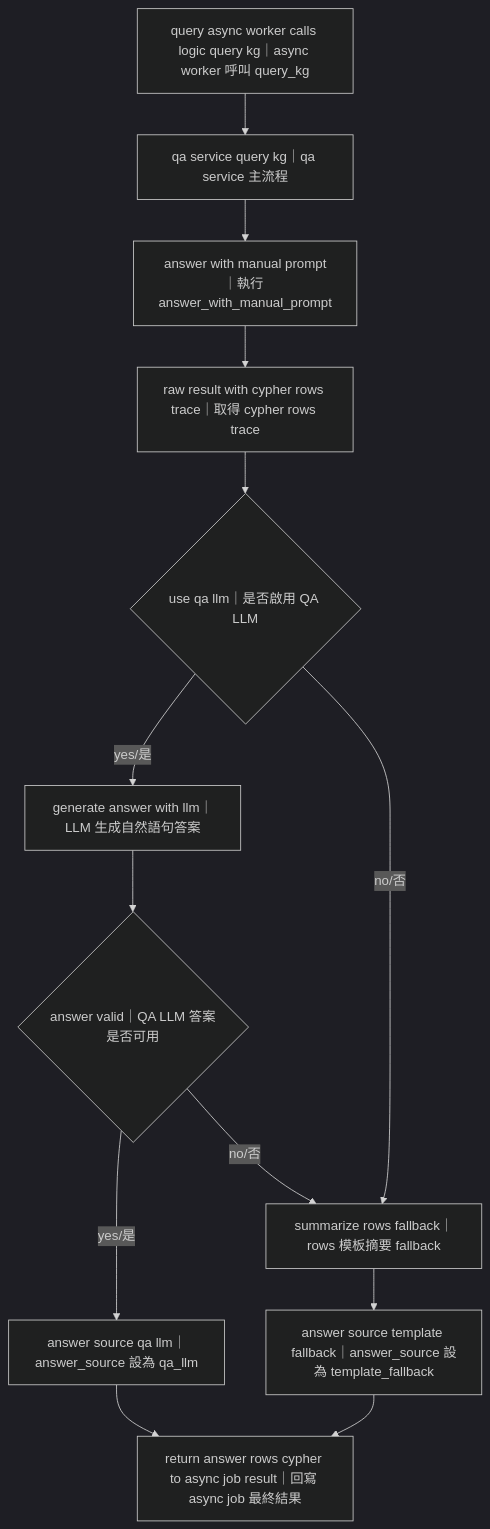
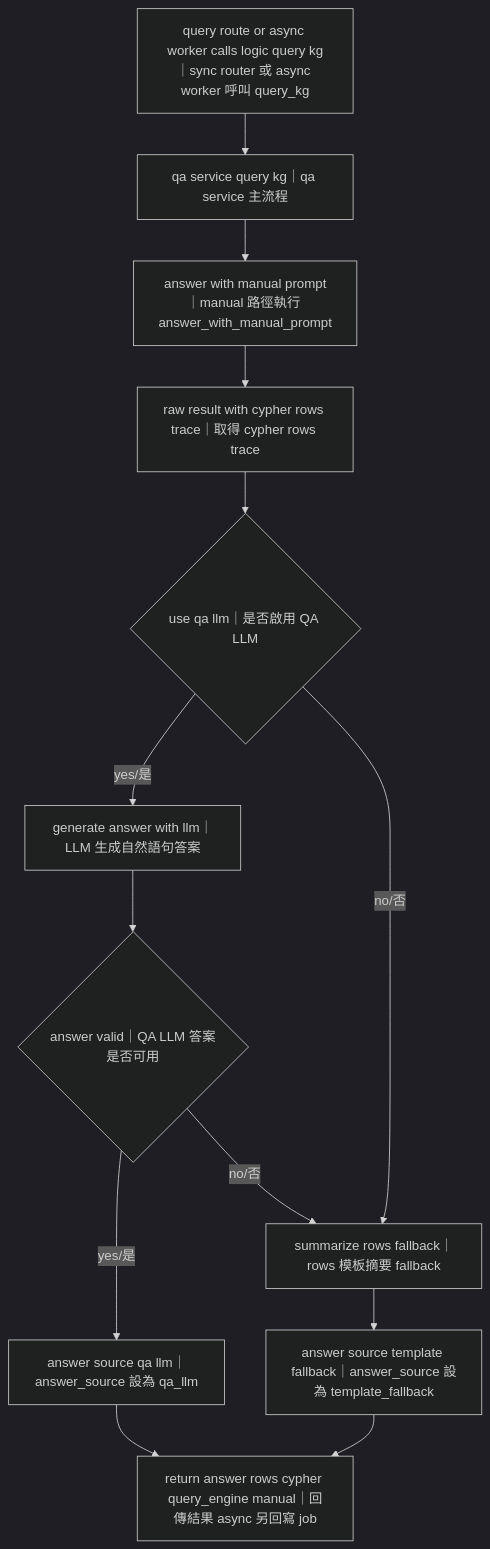
One commit to shibatatsuyasilver/knowledge-graph changed the sixth of 7 diagrams in PROJECT_ISSUES_STATUS.md. Above: the diagram before and after it, drawn with Mermaid (dark theme). The commit also changed other lines of this file and 60 other files, not shown here.

````diff
--- a/PROJECT_ISSUES_STATUS.md
+++ b/PROJECT_ISSUES_STATUS.md
@@ -388,27 +449,27 @@
 ```mermaid
 flowchart TB
-    D0[query async worker calls logic query kg｜async worker 呼叫 query_kg]
+    D0[query route or async worker calls logic query kg｜sync router 或 async worker 呼叫 query_kg]
     D1[qa service query kg｜qa service 主流程]
-    D2[answer with manual prompt｜執行 answer_with_manual_prompt]
+    D2[answer with manual prompt｜manual 路徑執行 answer_with_manual_prompt]
     D3[raw result with cypher rows trace｜取得 cypher rows trace]
     D4{use qa llm｜是否啟用 QA LLM}
     D5[generate answer with llm｜LLM 生成自然語句答案]
     D6{answer valid｜QA LLM 答案是否可用}
     D7[answer source qa llm｜answer_source 設為 qa_llm]
     D8[summarize rows fallback｜rows 模板摘要 fallback]
     D9[answer source template fallback｜answer_source 設為 template_fallback]
-    D10[return answer rows cypher to async job result｜回寫 async job 最終結果]
+    D10[return answer rows cypher query_engine manual｜回傳結果 async 另回寫 job]
 
     D0 --> D1
     D1 --> D2
     D2 --> D3
     D3 --> D4
     D4 -- yes/是 --> D5
     D5 --> D6
     D6 -- yes/是 --> D7
     D6 -- no/否 --> D8
     D4 -- no/否 --> D8
     D8 --> D9
     D7 --> D10
     D9 --> D10
 ```
````
